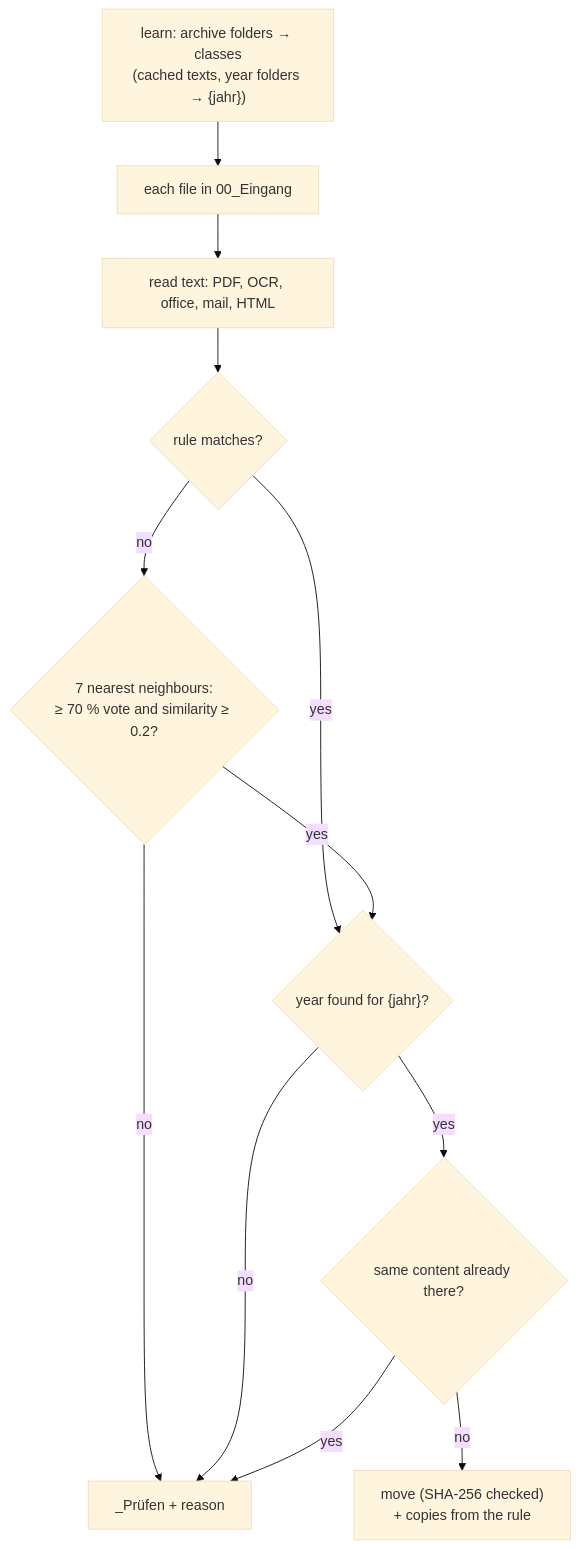
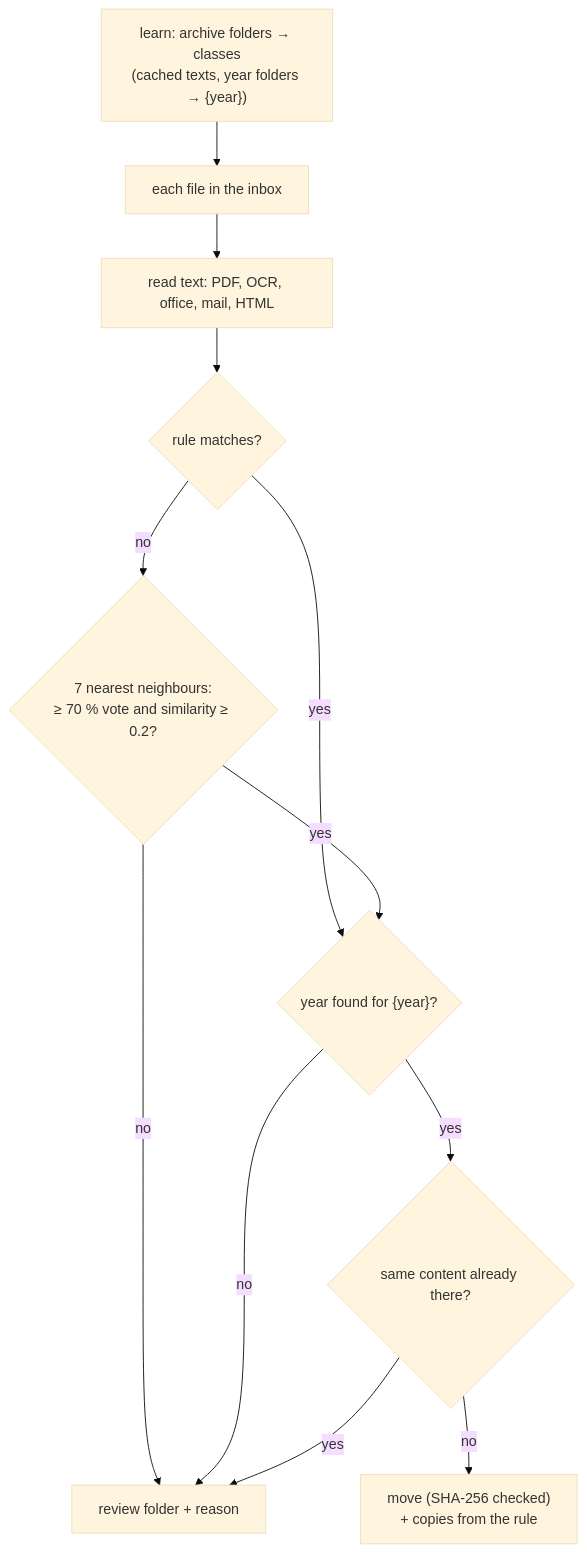
One commit to Tiliavir/ordnig changed the second of 3 diagrams in docs/arc42/06-runtime-view.md. Above: the diagram before and after it, drawn with Mermaid (base theme). The commit also changed other lines of this file and 21 other files, not shown here.

````diff
--- a/docs/arc42/06-runtime-view.md
+++ b/docs/arc42/06-runtime-view.md
@@ -40,14 +40,14 @@
 ```mermaid
 flowchart TD
-    L["learn: archive folders → classes\n(cached texts, year folders → {jahr})"] --> F
-    F[each file in 00_Eingang] --> RD[read text: PDF, OCR, office, mail, HTML]
+    L["learn: archive folders → classes\n(cached texts, year folders → {year})"] --> F
+    F[each file in the inbox] --> RD[read text: PDF, OCR, office, mail, HTML]
     RD --> R{rule matches?}
     R -- yes --> Y
     R -- no --> K{"7 nearest neighbours:\n≥ 70 % vote and similarity ≥ 0.2?"}
-    K -- yes --> Y{"year found for {jahr}?"}
-    K -- no --> P[_Prüfen + reason]
+    K -- yes --> Y{"year found for {year}?"}
+    K -- no --> P[review folder + reason]
     Y -- no --> P
     Y -- yes --> D{same content already there?}
     D -- yes --> P
     D -- no --> MV["move (SHA-256 checked)\n+ copies from the rule"]
 ```
````
